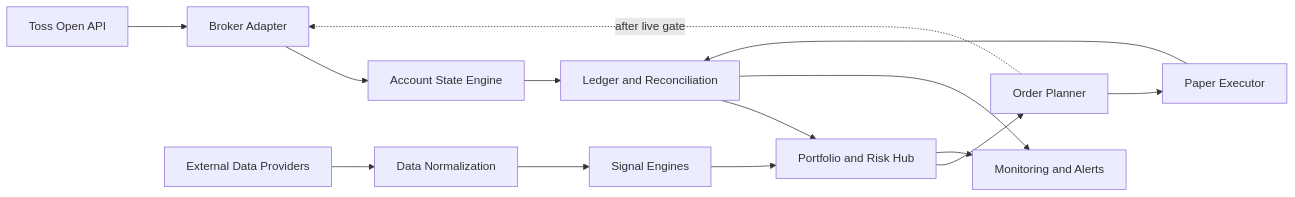
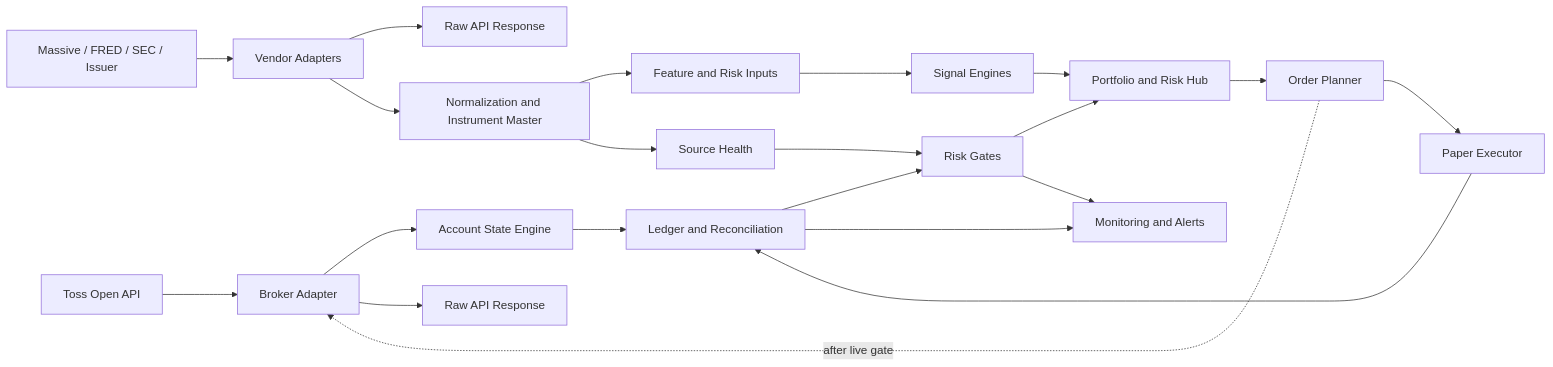
One commit to team-muel/toss-trading-core changed the diagram in docs/01_architecture.md. Above: the diagram before and after it, drawn with Mermaid. The commit also changed other lines of this file and 31 other files, not shown here.

Commit message:
Build Toss account foundation ledger

````diff
--- a/docs/01_architecture.md
+++ b/docs/01_architecture.md
@@ -5,16 +14,25 @@
 ```mermaid
 flowchart LR
-  A["Toss Open API"] --> B["Broker Adapter"]
-  X["External Data Providers"] --> C["Data Normalization"]
-  B --> D["Account State Engine"]
-  D --> E["Ledger and Reconciliation"]
-  C --> F["Signal Engines"]
-  E --> G["Portfolio and Risk Hub"]
-  F --> G
-  G --> H["Order Planner"]
-  H --> I["Paper Executor"]
-  H -. "after live gate" .-> B
-  I --> E
-  E --> J["Monitoring and Alerts"]
-  G --> J
+  T["Toss Open API"] --> BA["Broker Adapter"]
+  BA --> AS["Account State Engine"]
+  BA --> RL["Raw API Response"]
+  AS --> LD["Ledger and Reconciliation"]
+
+  M["Massive / FRED / SEC / Issuer"] --> VN["Vendor Adapters"]
+  VN --> RV["Raw API Response"]
+  VN --> NM["Normalization and Instrument Master"]
+  NM --> FH["Feature and Risk Inputs"]
+  NM --> SH["Source Health"]
+
+  FH --> SE["Signal Engines"]
+  SH --> RG["Risk Gates"]
+  LD --> RG
+  SE --> PH["Portfolio and Risk Hub"]
+  RG --> PH
+  PH --> OP["Order Planner"]
+  OP --> PA["Paper Executor"]
+  OP -. "after live gate" .-> BA
+  PA --> LD
+  LD --> MON["Monitoring and Alerts"]
+  RG --> MON
 ```
````
